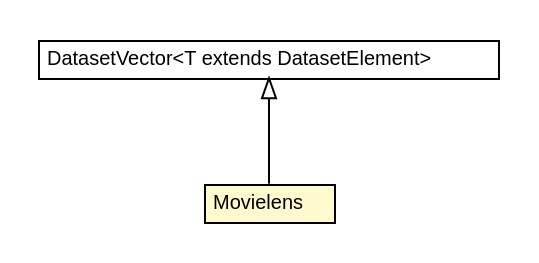
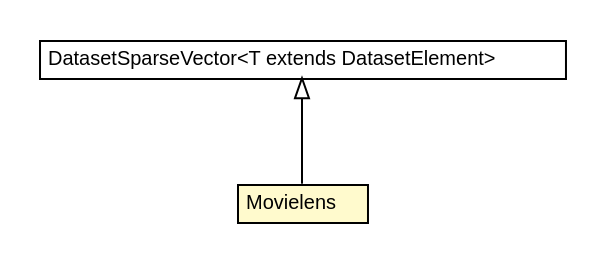
Before and after one commit to UnicaLabs-CS/Foresee: the diagram in docs/it/unica/foresee/datasets/Movielens.dot, drawn with Graphviz. The commit also changed 110 other files, not shown here.

Commit message:
Completed movielens support making it a sparse matrix

```diff
--- a/docs/it/unica/foresee/datasets/Movielens.dot
+++ b/docs/it/unica/foresee/datasets/Movielens.dot
@@ -1,26 +1,26 @@
 #!/usr/local/bin/dot
 #
 # Class diagram 
 # Generated by UMLGraph version 5.2 (http://www.umlgraph.org/)
 #
 
 digraph G {
 	edge [fontname="Helvetica",fontsize=10,labelfontname="Helvetica",labelfontsize=10];
 	node [fontname="Helvetica",fontsize=10,shape=plaintext];
 	nodesep=0.25;
 	ranksep=0.5;
-	// it.unica.foresee.datasets.DatasetVector<T extends it.unica.foresee.datasets.interfaces.DatasetElement>
-	c1069 [label=<<table title="it.unica.foresee.datasets.DatasetVector" border="0" cellborder="1" cellspacing="0" cellpadding="2" port="p" href="./DatasetVector.html">
+	// it.unica.foresee.datasets.DatasetSparseVector<T extends it.unica.foresee.datasets.interfaces.DatasetElement>
+	c1201 [label=<<table title="it.unica.foresee.datasets.DatasetSparseVector" border="0" cellborder="1" cellspacing="0" cellpadding="2" port="p" href="./DatasetSparseVector.html">
 		<tr><td><table border="0" cellspacing="0" cellpadding="1">
-<tr><td align="center" balign="center"> DatasetVector&lt;T extends DatasetElement&gt; </td></tr>
+<tr><td align="center" balign="center"> DatasetSparseVector&lt;T extends DatasetElement&gt; </td></tr>
 		</table></td></tr>
 		</table>>, fontname="Helvetica", fontcolor="black", fontsize=10.0];
-	// it.unica.foresee.datasets.Movielens_deprecated
-	c1076 [label=<<table title="it.unica.foresee.datasets.Movielens_deprecated" border="0" cellborder="1" cellspacing="0" cellpadding="2" port="p" bgcolor="lemonChiffon" href="./Movielens.html">
+	// it.unica.foresee.datasets.Movielens
+	c1205 [label=<<table title="it.unica.foresee.datasets.Movielens" border="0" cellborder="1" cellspacing="0" cellpadding="2" port="p" bgcolor="lemonChiffon" href="./Movielens.html">
 		<tr><td><table border="0" cellspacing="0" cellpadding="1">
 <tr><td align="center" balign="center"> Movielens </td></tr>
 		</table></td></tr>
 		</table>>, fontname="Helvetica", fontcolor="black", fontsize=10.0];
-	//it.unica.foresee.datasets.Movielens_deprecated extends it.unica.foresee.datasets.DatasetVector<it.unica.foresee.datasets.MovielensElement>
-	c1069:p -> c1076:p [dir=back,arrowtail=empty];
+	//it.unica.foresee.datasets.Movielens extends it.unica.foresee.datasets.DatasetSparseVector<it.unica.foresee.datasets.MovielensElement>
+	c1201:p -> c1205:p [dir=back,arrowtail=empty];
 }
```
